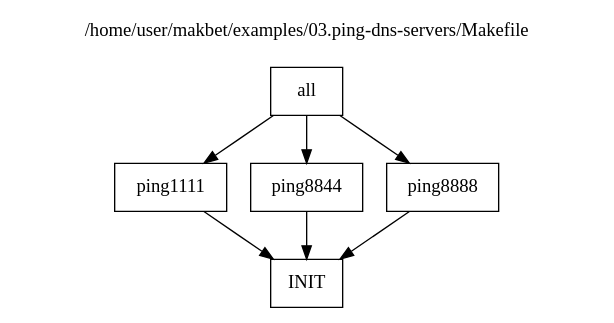
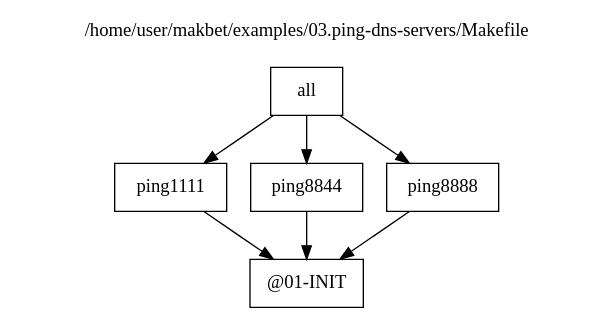
The diagram in docs/examples/03.ping-dns-servers/results.dot (skaluzka/makbet), drawn with Graphviz before and after one commit. The commit also changed 16 other files, not shown here.

```diff
--- a/docs/examples/03.ping-dns-servers/results.dot
+++ b/docs/examples/03.ping-dns-servers/results.dot
@@ -1,29 +1,29 @@
 digraph {
 
 	// This file has been generated by makbet heads/master-0-g88262d1
 	// Generation date: Wed 19 Aug 2020 01:21:07 AM CEST
 	// Input: /home/user/makbet/examples/03.ping-dns-servers/Makefile
 
 	// Graph title.
 	labelloc="t";
 	label="/home/user/makbet/examples/03.ping-dns-servers/Makefile\n\n"
 
 	// Node options.
 	node [shape=box];
 
 	"all" -> "ping1111";
 	"all" -> "ping8844";
 	"all" -> "ping8888";
 
-	"INIT";
+	"@01-INIT";
 
-	"ping1111" -> "INIT";
+	"ping1111" -> "@01-INIT";
 
-	"ping8844" -> "INIT";
+	"ping8844" -> "@01-INIT";
 
-	"ping8888" -> "INIT";
+	"ping8888" -> "@01-INIT";
 
 }
 
 
 // End of file
```
